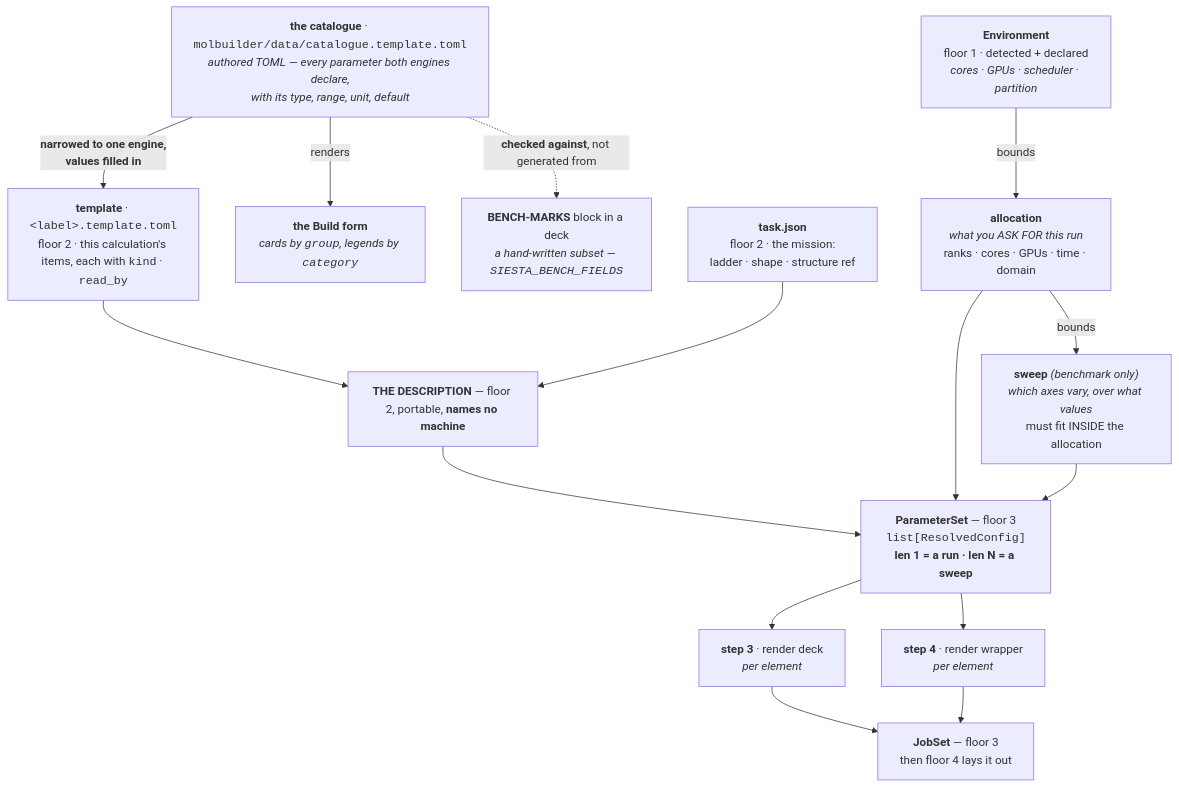
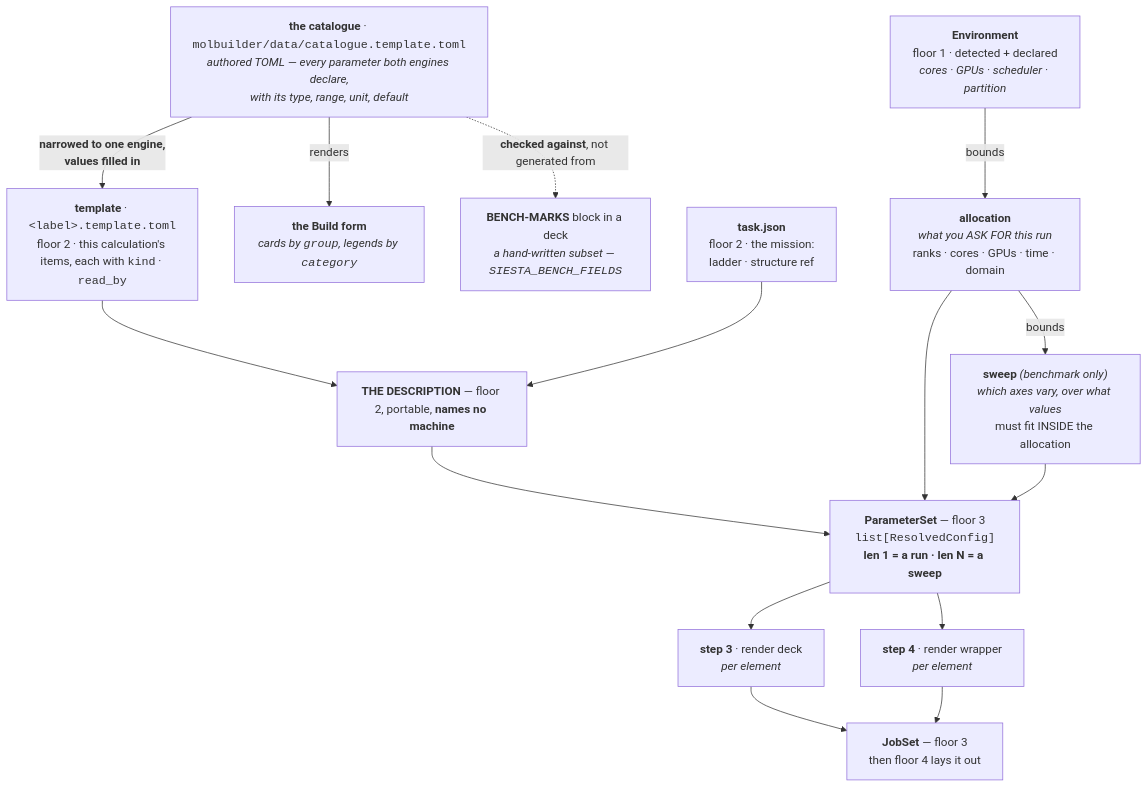
The first of 3 diagrams in docs/execution/generator.md (Qing-LAB/molbuilder), drawn with Mermaid before and after one commit. The commit also changed other lines of this file and 193 other files, not shown here.

````diff
--- a/docs/execution/generator.md
+++ b/docs/execution/generator.md
@@ -111,31 +104,31 @@
 ```mermaid
 flowchart TB
     S["<b>the catalogue</b> · <code>molbuilder/data/catalogue.template.toml</code><br/><i>authored TOML — every parameter both engines declare,<br/>with its type, range, unit, default</i>"]
 
     S -->|"<b>narrowed to one engine,<br/>values filled in</b>"| T["<b>template</b> · <code>&lt;label&gt;.template.toml</code><br/>floor 2 · this calculation's items, each with <code>kind</code> · <code>read_by</code>"]
     S -->|"renders"| UIF["<b>the Build form</b><br/><i>cards by <code>group</code>, legends by <code>category</code></i>"]
     S -.->|"<b>checked against</b>, not generated from"| BM["<b>BENCH-MARKS</b> block in a deck<br/><i>a hand-written subset — <code>SIESTA_BENCH_FIELDS</code></i>"]
 
     T --> D
-    TK["<b>task.json</b><br/>floor 2 · the mission:<br/>ladder · shape · structure ref"] --> D
+    TK["<b>task.json</b><br/>floor 2 · the mission:<br/>ladder · structure ref"] --> D
 
     D["<b>THE DESCRIPTION</b> — floor 2, portable, <b>names no machine</b>"]
 
     E["<b>Environment</b><br/>floor 1 · detected + declared<br/><i>cores · GPUs · scheduler · partition</i>"]
     AL["<b>allocation</b><br/><i>what you ASK FOR this run</i><br/>ranks · cores · GPUs · time · domain"]
     SW["<b>sweep</b> <i>(benchmark only)</i><br/><i>which axes vary, over what values</i><br/>must fit INSIDE the allocation"]
 
     E -->|"bounds"| AL
     AL -->|"bounds"| SW
 
     D --> R
     AL --> R
     SW --> R
 
     R["<b>ParameterSet</b> — floor 3<br/><code>list[ResolvedConfig]</code><br/><b>len 1 = a run · len N = a sweep</b>"]
 
     R --> DECK["<b>step 3</b> · render deck<br/><i>per element</i>"]
     R --> WRAP["<b>step 4</b> · render wrapper<br/><i>per element</i>"]
     DECK --> JS["<b>JobSet</b> — floor 3<br/>then floor 4 lays it out"]
     WRAP --> JS
 ```
````
